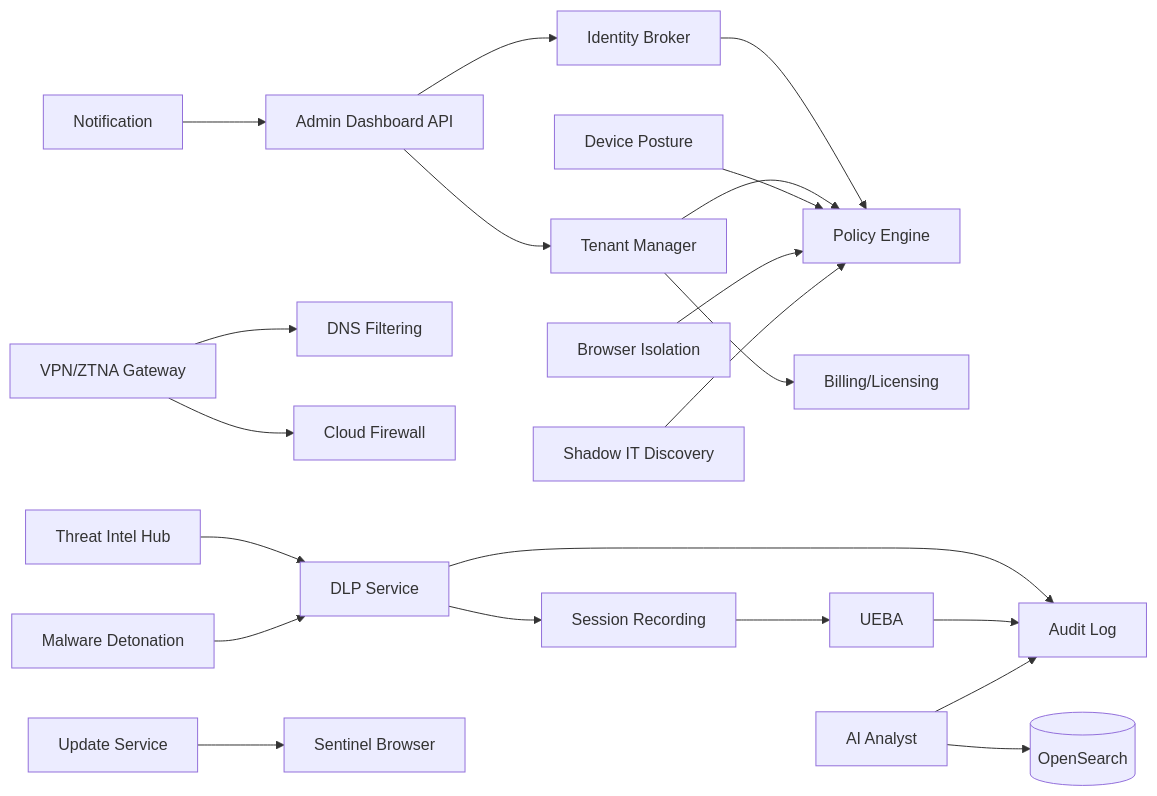
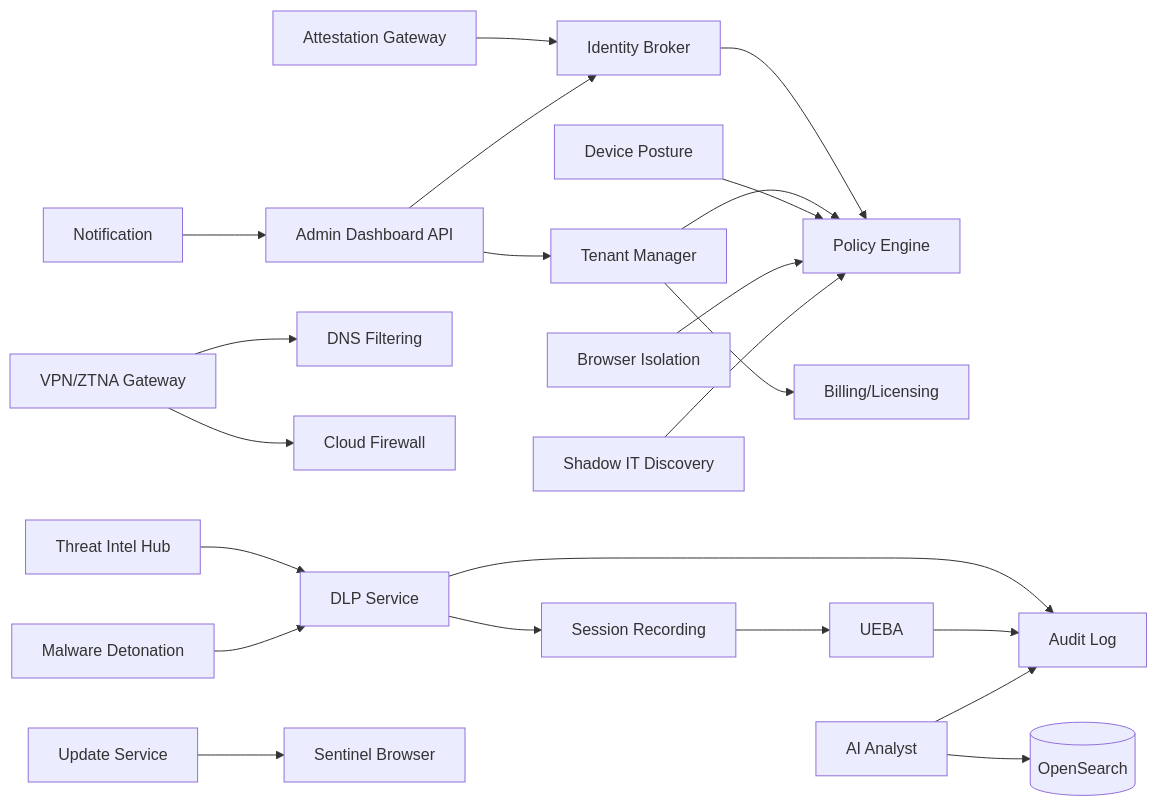
The diagram in docs/deliverables/05-backend-platform-architecture.md (MythicAgents/Apollo), drawn with Mermaid before and after one commit. The commit also changed other lines of this file and 13 other files, not shown here.

Commit message:
feat: implement layered IdP attestation gateway architecture

````diff
--- a/docs/deliverables/05-backend-platform-architecture.md
+++ b/docs/deliverables/05-backend-platform-architecture.md
@@ -9,23 +9,24 @@
 ```mermaid
 flowchart LR
+    AG[Attestation Gateway] --> ID[Identity Broker]
     ID[Identity Broker] --> POL[Policy Engine]
     TEN[Tenant Manager] --> POL
     TEN --> LIC[Billing/Licensing]
     POST[Device Posture] --> POL
     TI[Threat Intel Hub] --> DLP[DLP Service]
     DLP --> SES[Session Recording]
     DLP --> AUD[Audit Log]
     SES --> UEB[UEBA]
     UEB --> AUD
     ZTNA[VPN/ZTNA Gateway] --> DNS[DNS Filtering]
     ZTNA --> CFW[Cloud Firewall]
     RBI[Browser Isolation] --> POL
     MAL[Malware Detonation] --> DLP
     SHA[Shadow IT Discovery] --> POL
     AI[AI Analyst] --> AUD
     AI --> OS[(OpenSearch)]
     ADM[Admin Dashboard API] --> ID
     ADM --> TEN
     NOTIF[Notification] --> ADM
     UPD[Update Service] --> Browser[Sentinel Browser]
 ```
````
